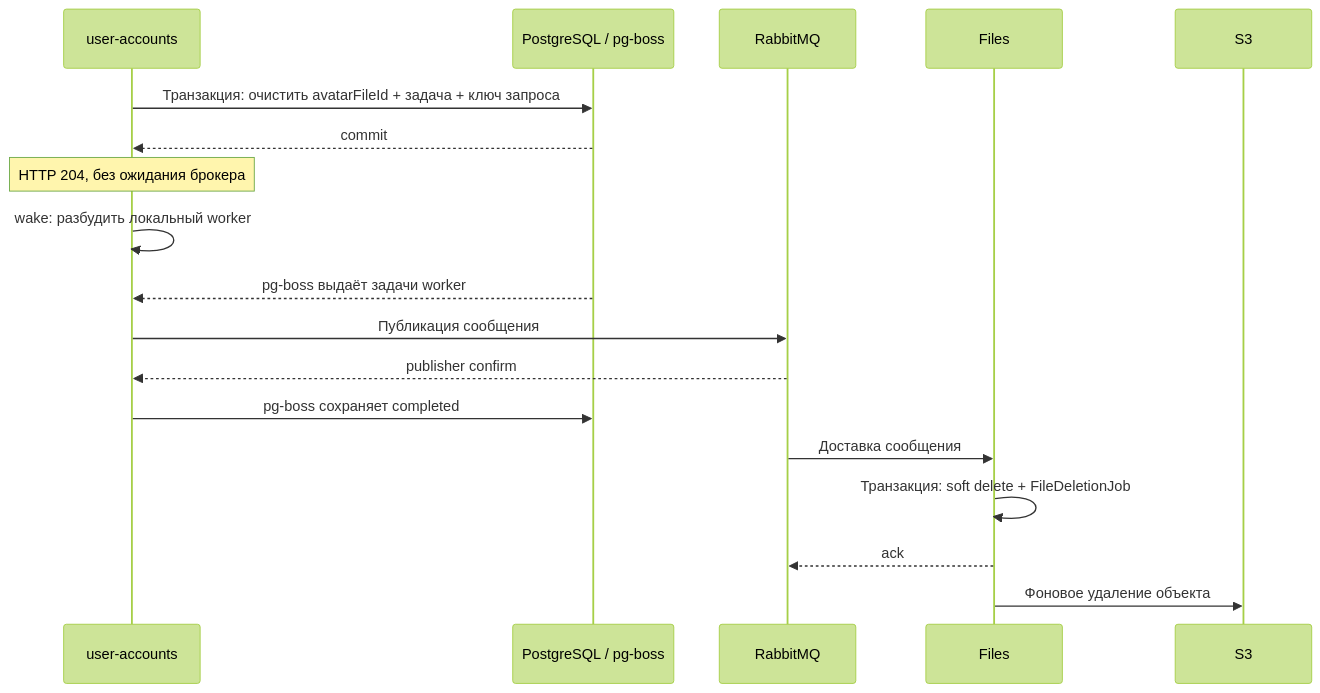
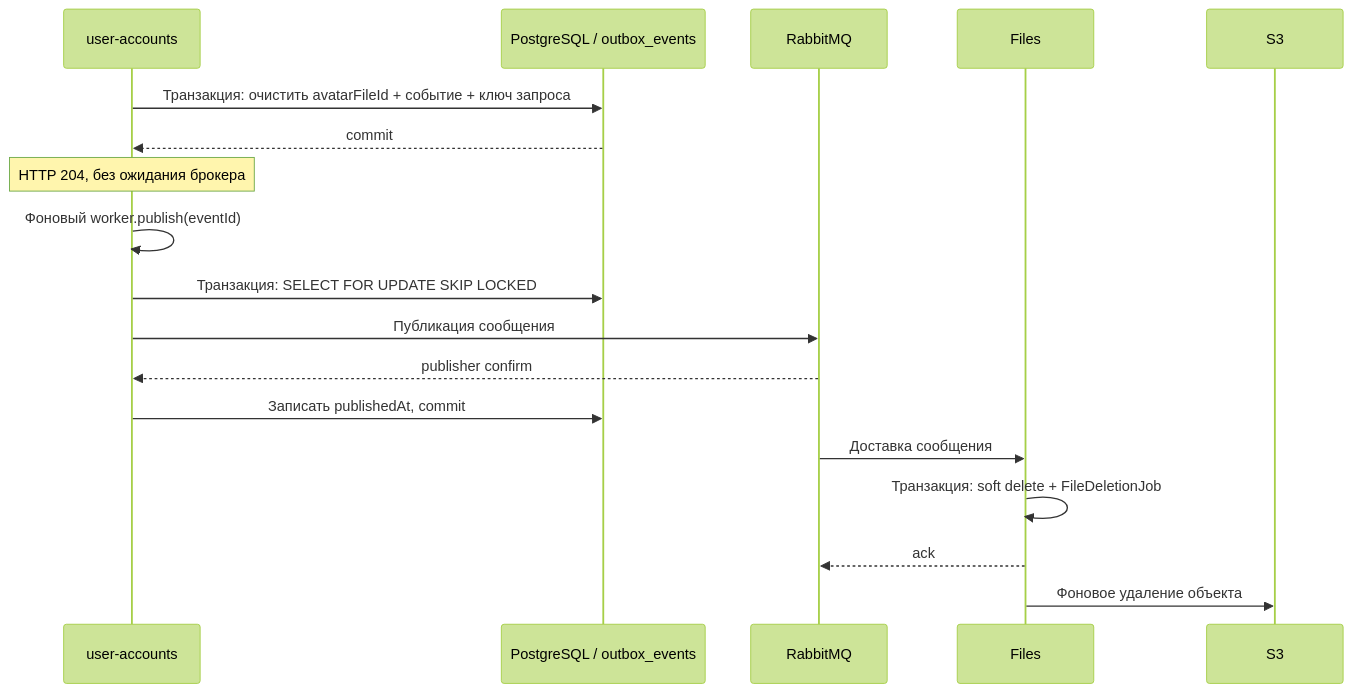
The diagram in docs/architecture/delete-avatar.md (Inctargam/remarkgram-backend), drawn with Mermaid (forest theme) before and after one commit. The commit also changed other lines of this file and 3 other files, not shown here.

Commit message:
docs(avatar): explain outbox delivery, RabbitMQ topology and recovery limits

````diff
--- a/docs/architecture/delete-avatar.md
+++ b/docs/architecture/delete-avatar.md
@@ -49,20 +51,20 @@
 ```mermaid
 sequenceDiagram
     participant UA as user-accounts
-    participant DB as PostgreSQL / pg-boss
+    participant DB as PostgreSQL / outbox_events
     participant RMQ as RabbitMQ
     participant Files
     participant S3
-    UA->>DB: Транзакция: очистить avatarFileId + задача + ключ запроса
+    UA->>DB: Транзакция: очистить avatarFileId + событие + ключ запроса
     DB-->>UA: commit
     Note over UA: HTTP 204, без ожидания брокера
-    UA->>UA: wake: разбудить локальный worker
-    DB-->>UA: pg-boss выдаёт задачи worker
+    UA->>UA: Фоновый worker.publish(eventId)
+    UA->>DB: Транзакция: SELECT FOR UPDATE SKIP LOCKED
     UA->>RMQ: Публикация сообщения
     RMQ-->>UA: publisher confirm
-    UA->>DB: pg-boss сохраняет completed
+    UA->>DB: Записать publishedAt, commit
     RMQ->>Files: Доставка сообщения
     Files->>Files: Транзакция: soft delete + FileDeletionJob
     Files-->>RMQ: ack
     Files->>S3: Фоновое удаление объекта
 ```
````
